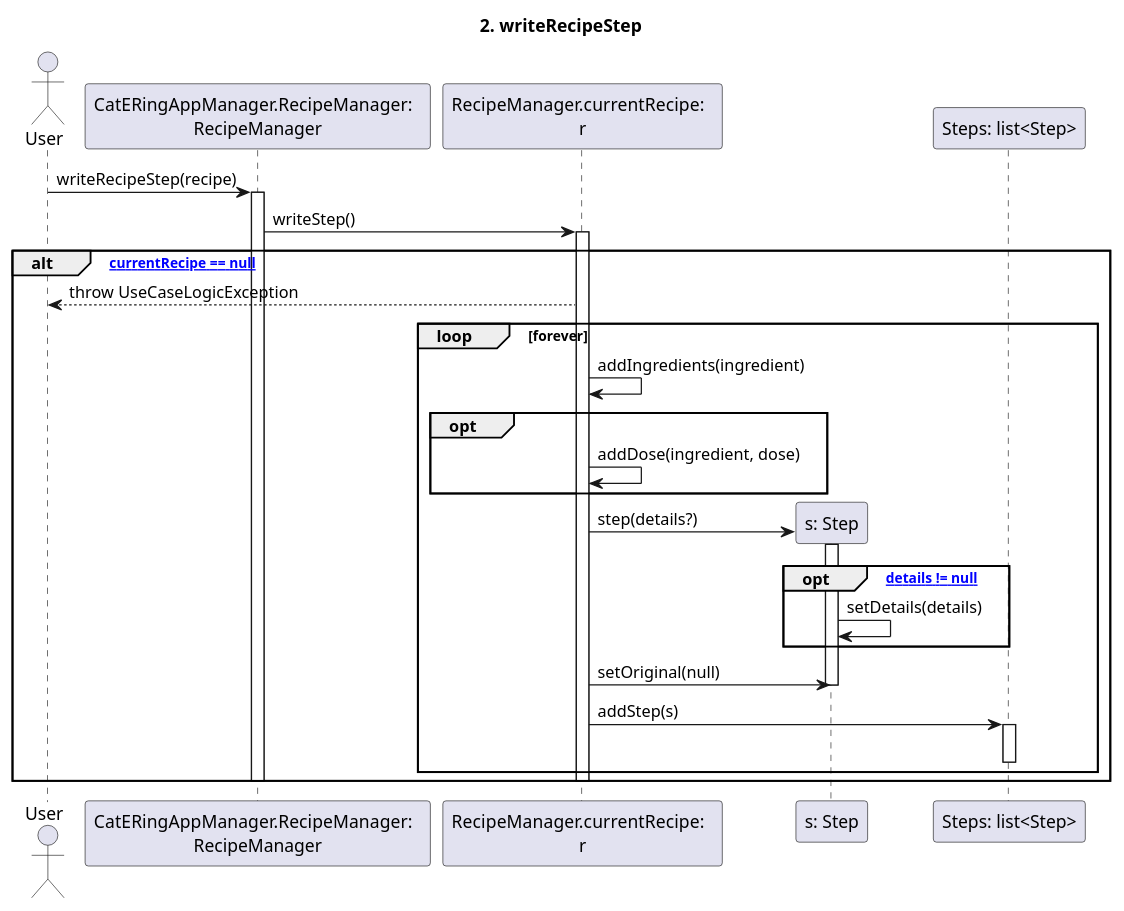
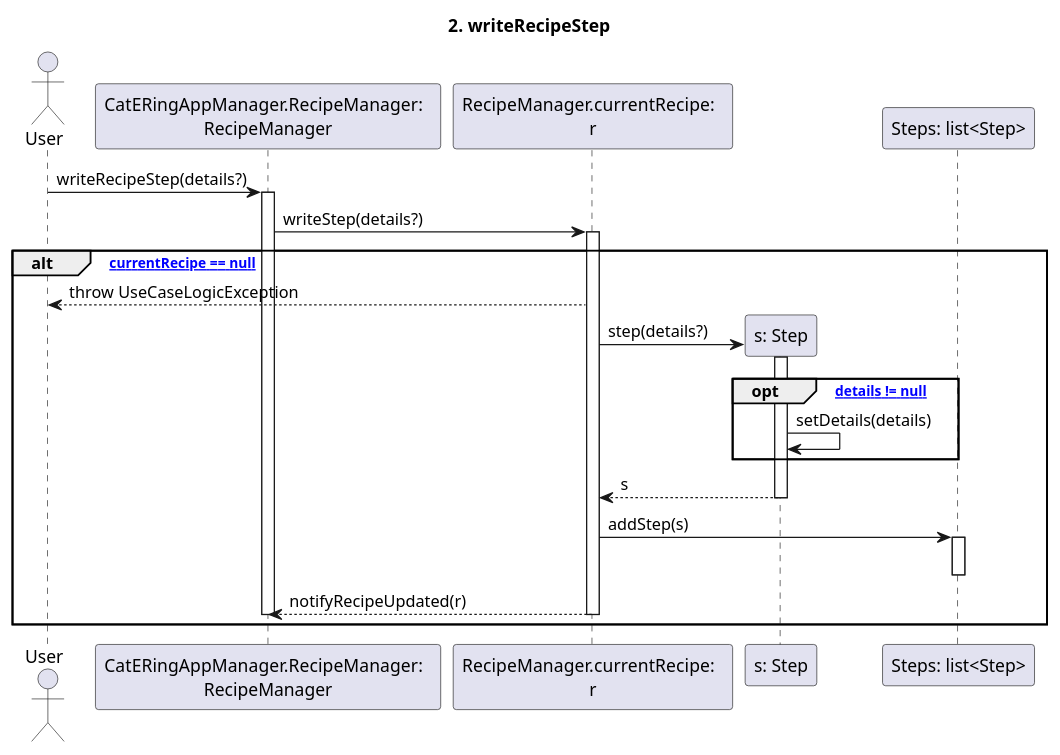
The diagram in dsd/dsd-ricette/2-writeRecipeStep.md (m0canu1/sas), drawn with PlantUML before and after one commit. The commit also changed 6 other files, not shown here.

````diff
--- a/dsd/dsd-ricette/2-writeRecipeStep.md
+++ b/dsd/dsd-ricette/2-writeRecipeStep.md
@@ -1,36 +1,31 @@
 ```plantuml
 
 title: 2. writeRecipeStep
 
 Actor User
 Participant "CatERingAppManager.RecipeManager:  \nRecipeManager" as RM
 Participant "RecipeManager.currentRecipe:  \nr" as CR
 
-User -> RM: writeRecipeStep(recipe)
+User -> RM: writeRecipeStep(details?)
 Activate RM
-RM -> CR: writeStep()
+RM -> CR: writeStep(details?)
 activate CR
 alt ["currentRecipe == null"]
     CR --> User: throw UseCaseLogicException
-    loop forever
-        CR -> CR: addIngredients(ingredient)
-        opt
-            CR -> CR: addDose(ingredient, dose)
-        end
         create "s: Step"
         CR -> "s: Step": step(details?)
         Activate "s: Step"
         opt ["details != null"]
             "s: Step" -> "s: Step": setDetails(details)
         end
-        CR -> "s: Step": setOriginal(null)
+        "s: Step" --> CR: s
         Deactivate "s: Step"
         CR -> "Steps: list<Step>": addStep(s)
         Activate "Steps: list<Step>"
         Deactivate "Steps: list<Step>"
-    end
+        CR --> RM: notifyRecipeUpdated(r)
     deactivate CR
     Deactivate RM    
 end
 
 ```
````
